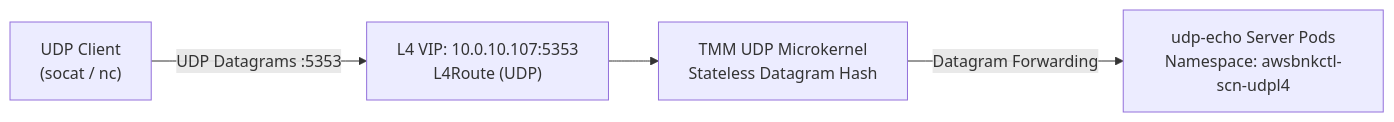
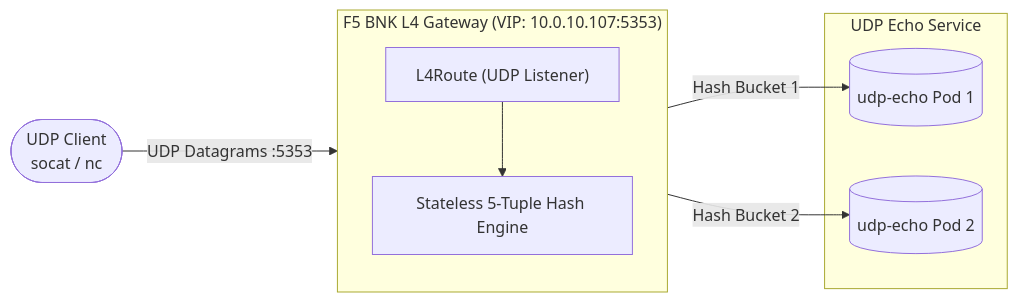
One commit to JLCode-tech/awsbnkctl changed the fifth of 20 diagrams in docs/SCENARIOS.md. Above: the diagram before and after it, drawn with Mermaid. The commit also changed other lines of this file and 2 other files, not shown here.

Commit message:
docs: modernize diagrams and remove sales jargon

````diff
--- a/docs/SCENARIOS.md
+++ b/docs/SCENARIOS.md
@@ -127,11 +157,20 @@
 ```mermaid
 flowchart LR
-    Client["UDP Client<br/>(socat / nc)"]
-    VIP["L4 VIP: 10.0.10.107:5353<br/>L4Route (UDP)"]
-    TMM["TMM UDP Microkernel<br/>Stateless Datagram Hash"]
-    UDPEcho["udp-echo Server Pods<br/>Namespace: awsbnkctl-scn-udpl4"]
+    Client([UDP Client<br/>socat / nc])
 
-    Client -->|UDP Datagrams :5353| VIP
-    VIP --> TMM
-    TMM -->|Datagram Forwarding| UDPEcho
+    subgraph L4Plane["F5 BNK L4 Gateway (VIP: 10.0.10.107:5353)"]
+        direction TB
+        L4R["L4Route (UDP Listener)"]
+        Hash["Stateless 5-Tuple Hash Engine"]
+        L4R --> Hash
+    end
+
+    subgraph Backends["UDP Echo Service"]
+        U1[("udp-echo Pod 1")]
+        U2[("udp-echo Pod 2")]
+    end
+
+    Client -->|UDP Datagrams :5353| L4R
+    Hash -->|Hash Bucket 1| U1
+    Hash -->|Hash Bucket 2| U2
 ```
````
